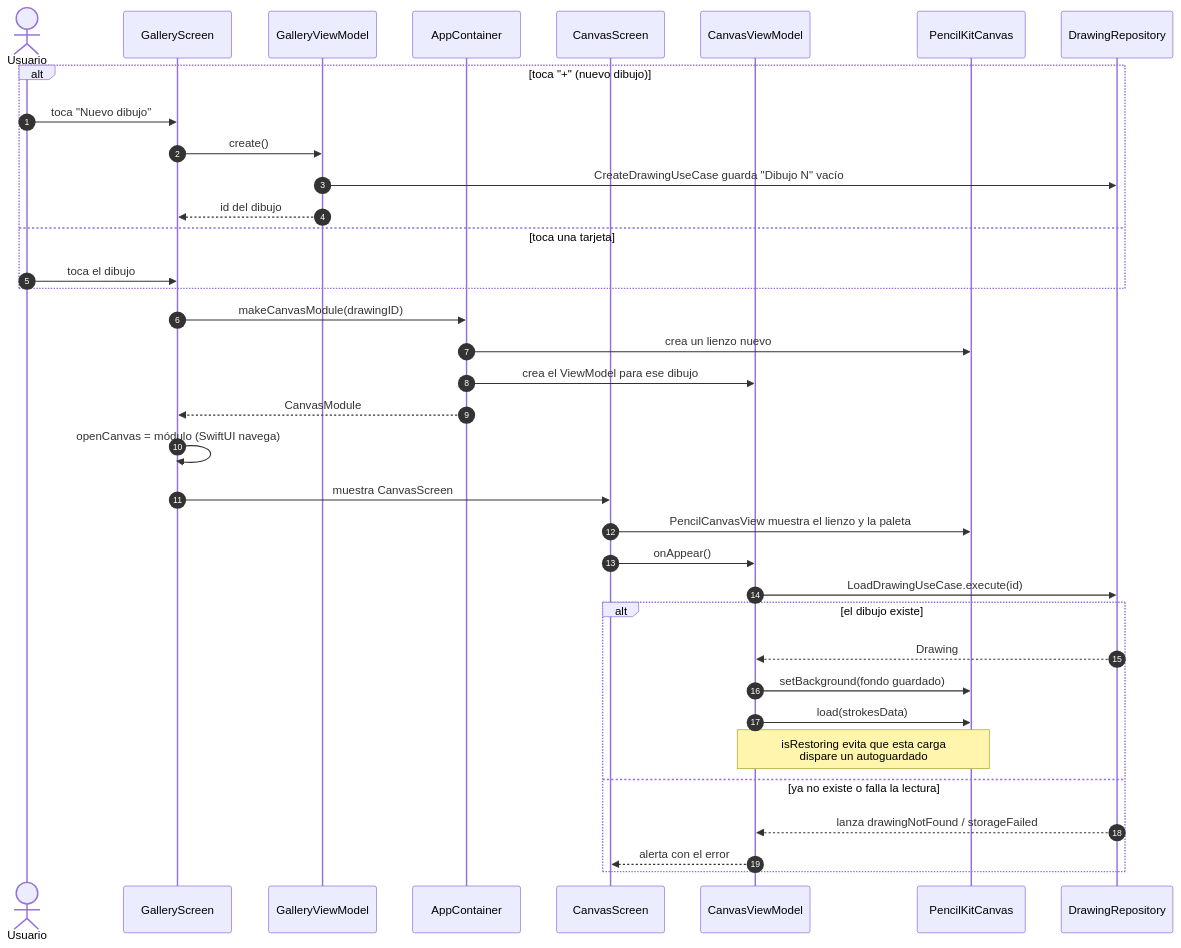
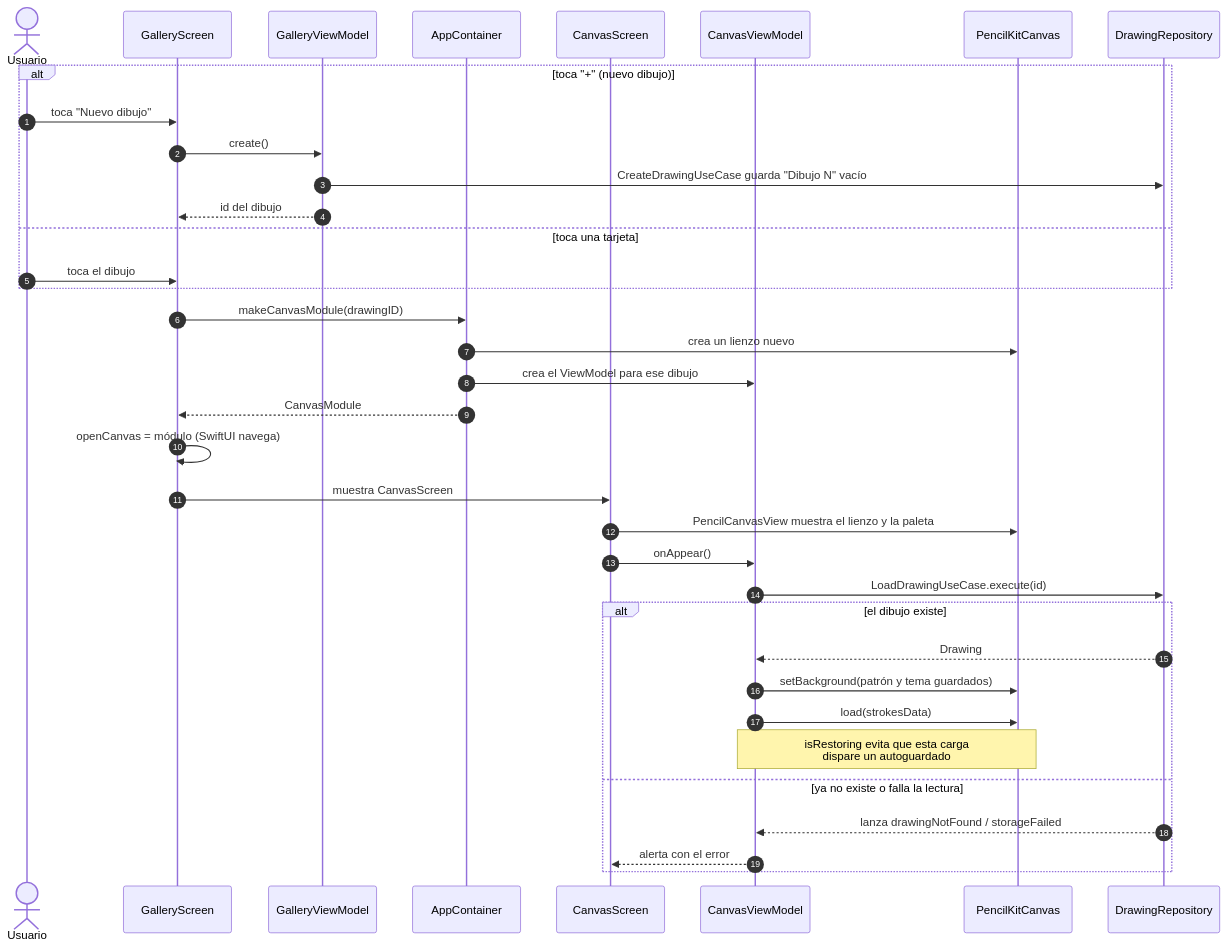
One commit to jhonjairo6230/DrawPad changed the fourth of 9 diagrams in docs/arquitectura.md. Above: the diagram before and after it, drawn with Mermaid. The commit also changed other lines of this file and 21 other files, not shown here.

````diff
--- a/docs/arquitectura.md
+++ b/docs/arquitectura.md
@@ -300,39 +304,39 @@
 ```mermaid
 sequenceDiagram
     autonumber
     actor U as Usuario
     participant G as GalleryScreen
     participant GVM as GalleryViewModel
     participant C as AppContainer
     participant V as CanvasScreen
     participant VM as CanvasViewModel
     participant K as PencilKitCanvas
     participant R as DrawingRepository
 
     alt toca "+" (nuevo dibujo)
         U->>G: toca "Nuevo dibujo"
         G->>GVM: create()
         GVM->>R: CreateDrawingUseCase guarda "Dibujo N" vacío
         GVM-->>G: id del dibujo
     else toca una tarjeta
         U->>G: toca el dibujo
     end
     G->>C: makeCanvasModule(drawingID)
     C->>K: crea un lienzo nuevo
     C->>VM: crea el ViewModel para ese dibujo
     C-->>G: CanvasModule
     G->>G: openCanvas = módulo (SwiftUI navega)
     G->>V: muestra CanvasScreen
     V->>K: PencilCanvasView muestra el lienzo y la paleta
     V->>VM: onAppear()
     VM->>R: LoadDrawingUseCase.execute(id)
     alt el dibujo existe
         R-->>VM: Drawing
-        VM->>K: setBackground(fondo guardado)
+        VM->>K: setBackground(patrón y tema guardados)
         VM->>K: load(strokesData)
         Note over VM,K: isRestoring evita que esta carga<br/>dispare un autoguardado
     else ya no existe o falla la lectura
         R-->>VM: lanza drawingNotFound / storageFailed
         VM-->>V: alerta con el error
     end
 ```
````
